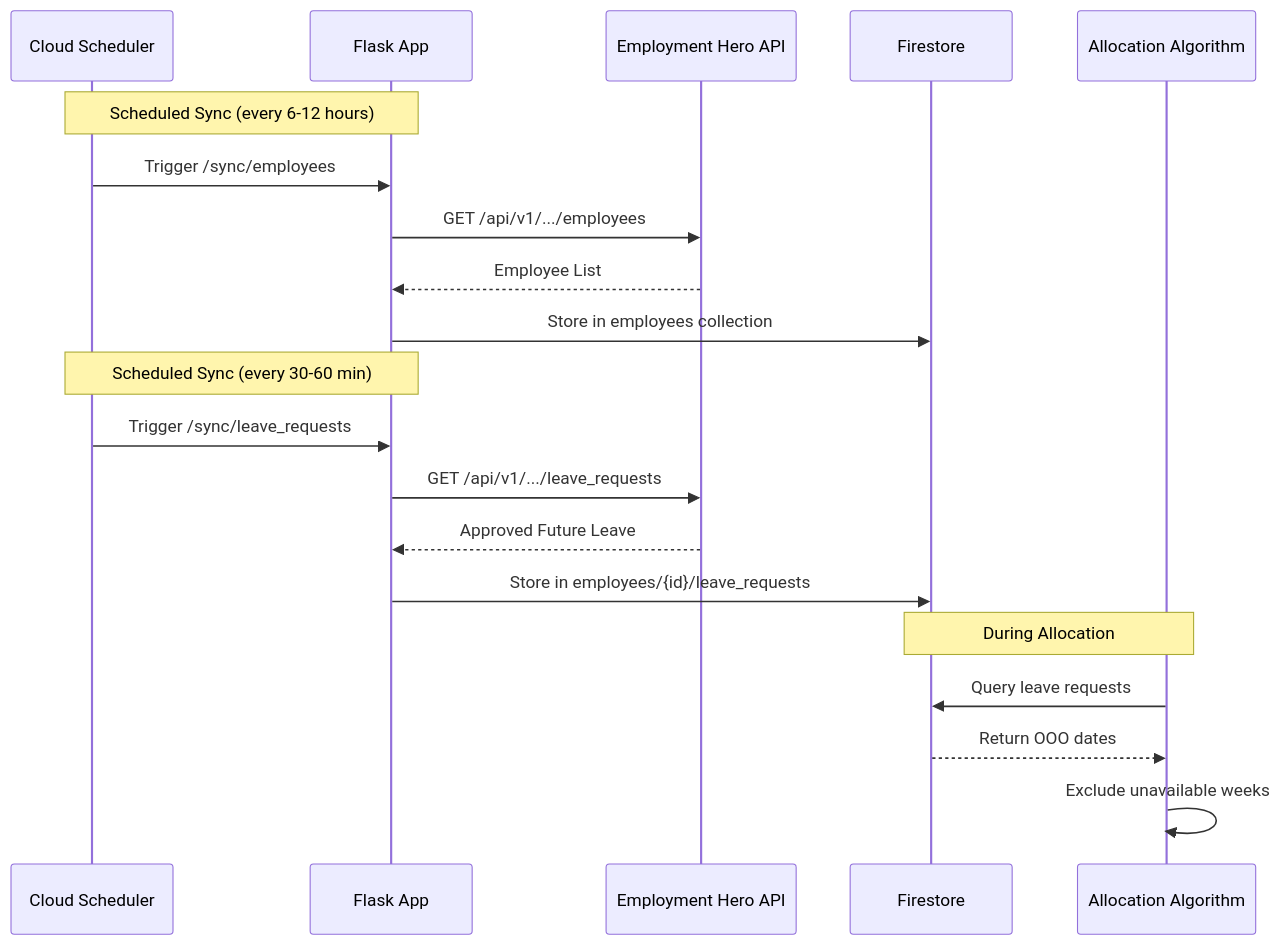
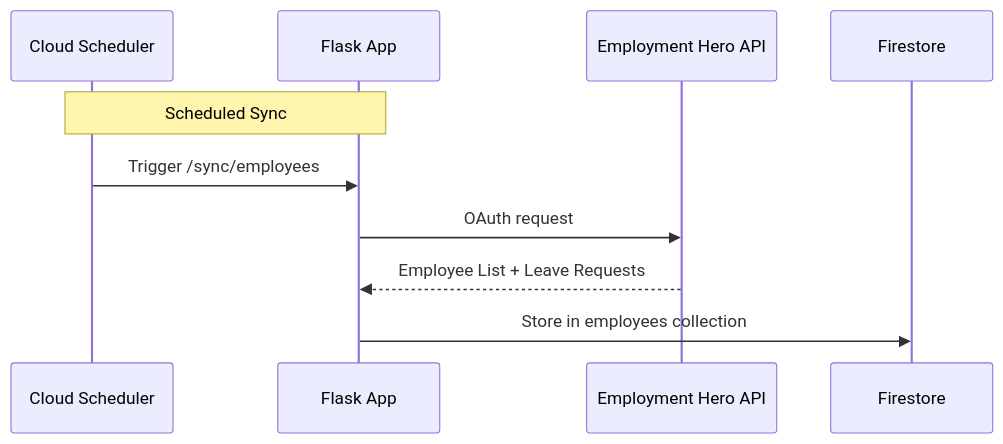
Before and after one commit to Pivot-Wealth-Digital/adviser_allocation: the second of 5 diagrams in README.md, drawn with Mermaid. The commit also changed other lines of this file and 10 other files, not shown here.

````diff
--- a/README.md
+++ b/README.md
@@ -101,25 +109,13 @@
 ```mermaid
 sequenceDiagram
     participant CS as Cloud Scheduler
     participant App as Flask App
     participant EH as Employment Hero API
     participant FS as Firestore
-    participant Alloc as Allocation Algorithm
 
-    Note over CS,App: Scheduled Sync (every 6-12 hours)
+    Note over CS,App: Scheduled Sync
     CS->>App: Trigger /sync/employees
-    App->>EH: GET /api/v1/.../employees
-    EH-->>App: Employee List
+    App->>EH: OAuth request
+    EH-->>App: Employee List + Leave Requests
     App->>FS: Store in employees collection
-
-    Note over CS,App: Scheduled Sync (every 30-60 min)
-    CS->>App: Trigger /sync/leave_requests
-    App->>EH: GET /api/v1/.../leave_requests
-    EH-->>App: Approved Future Leave
-    App->>FS: Store in employees/{id}/leave_requests
-
-    Note over Alloc,FS: During Allocation
-    Alloc->>FS: Query leave requests
-    FS-->>Alloc: Return OOO dates
-    Alloc->>Alloc: Exclude unavailable weeks
 ```
````
